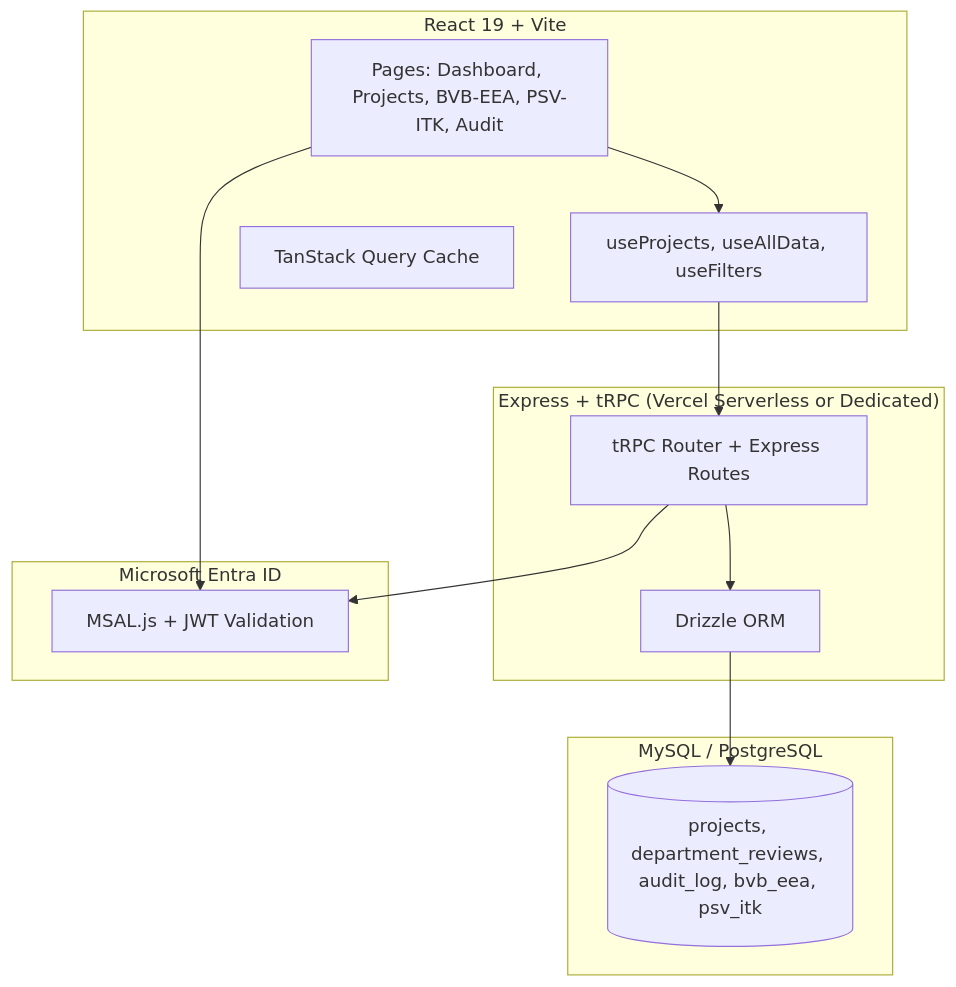
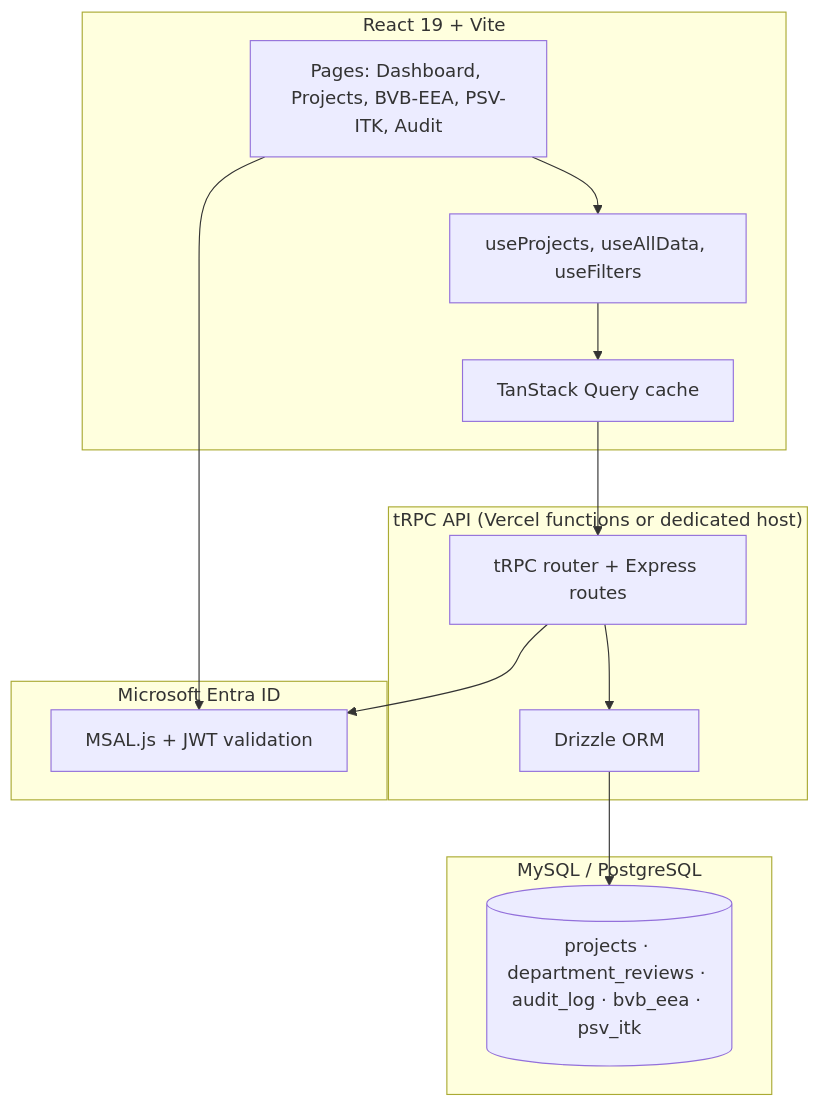
Before and after one commit to iceccarelli/bahn-project-manager: the second of 2 diagrams in README.md, drawn with Mermaid. The commit also changed other lines of this file, not shown here.

````diff
--- a/README.md
+++ b/README.md
@@ -98,26 +103,21 @@
 ```mermaid
 flowchart TD
-    subgraph Frontend["React 19 + Vite"]
+    subgraph FE["React 19 + Vite"]
         UI["Pages: Dashboard, Projects, BVB-EEA, PSV-ITK, Audit"]
         HOOKS["useProjects, useAllData, useFilters"]
-        CACHE["TanStack Query Cache"]
+        CACHE["TanStack Query cache"]
     end
-
-    subgraph Backend["Express + tRPC (Vercel Serverless or Dedicated)"]
-        API["tRPC Router + Express Routes"]
-        DRIZZLE["Drizzle ORM"]
+    subgraph BE["tRPC API (Vercel functions or dedicated host)"]
+        API["tRPC router + Express routes"]
+        ORM["Drizzle ORM"]
     end
-
-    subgraph Database["MySQL / PostgreSQL"]
-        DB[("projects, department_reviews, audit_log, bvb_eea, psv_itk")]
+    subgraph DB["MySQL / PostgreSQL"]
+        T[("projects · department_reviews · audit_log · bvb_eea · psv_itk")]
     end
-
-    subgraph Auth["Microsoft Entra ID"]
-        MSAL["MSAL.js + JWT Validation"]
+    subgraph AUTH["Microsoft Entra ID"]
+        MSAL["MSAL.js + JWT validation"]
     end
-
-    UI --> HOOKS --> API
-    API --> DRIZZLE --> DB
+    UI --> HOOKS --> CACHE --> API --> ORM --> T
     UI --> MSAL
     API --> MSAL
 ```
````
